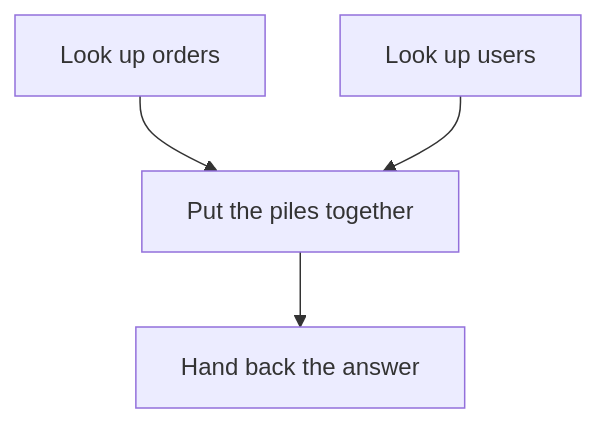
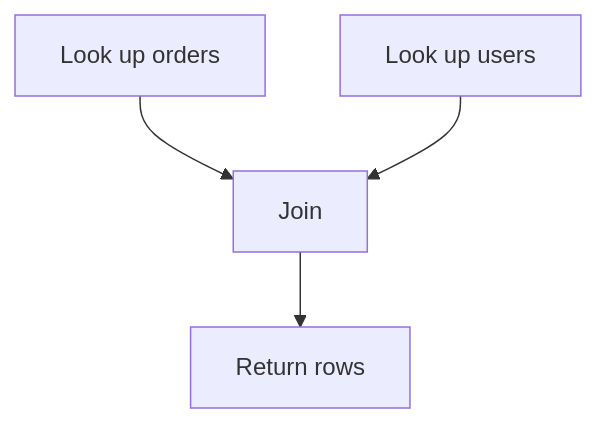
One commit to vijaykumarjob0701/theintelliwise changed the second of 3 diagrams in _posts/2026-09-22-postgres-explain.md. Above: the diagram before and after it, drawn with Mermaid. The commit also changed other lines of this file and 6 other files, not shown here.

````diff
--- a/_posts/2026-09-22-postgres-explain.md
+++ b/_posts/2026-09-22-postgres-explain.md
@@ -221,6 +215,6 @@
 ```mermaid
 flowchart TB
-  L[Look up orders] --> J[Put the piles together]
+  L[Look up orders] --> J[Join]
   U[Look up users] --> J
-  J --> T[Hand back the answer]
+  J --> T[Return rows]
 ```
````
